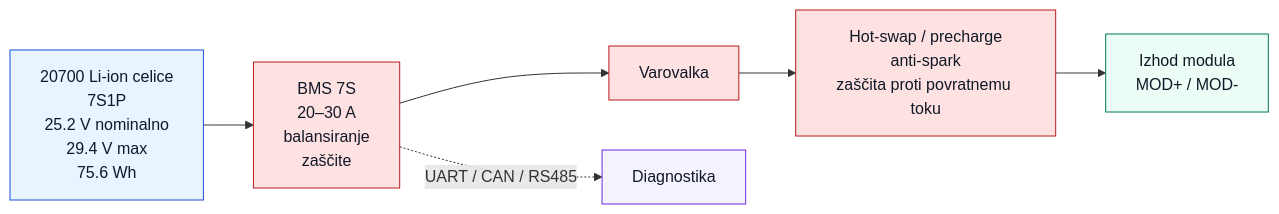
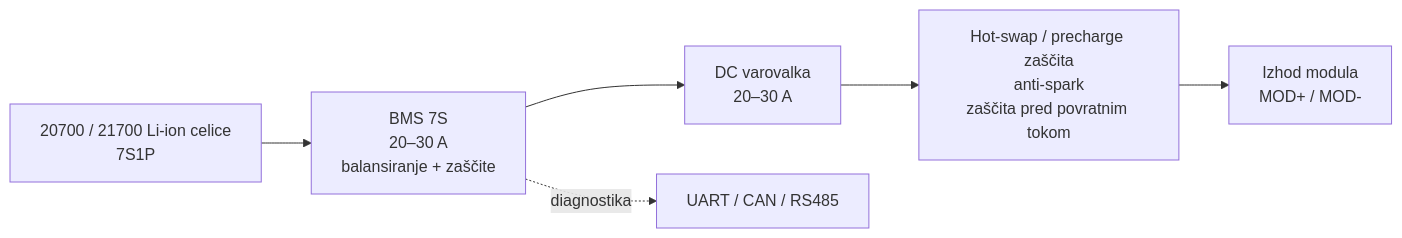
One commit to kocod32/FarmBeast-BatteryModule changed the second of 2 diagrams in battery_module/battery_module_flowchart.md. Above: the diagram before and after it, drawn with Mermaid. The commit also changed other lines of this file and 3 other files, not shown here.

````diff
--- a/battery_module/battery_module_flowchart.md
+++ b/battery_module/battery_module_flowchart.md
@@ -91,26 +53,17 @@
 ```mermaid
 flowchart LR
 
-    CELLS["20700 Li-ion celice<br/>7S1P<br/>25.2 V nominalno<br/>29.4 V max<br/>75.6 Wh"]
-    BMS["BMS 7S<br/>20–30 A<br/>balansiranje<br/>zaščite"]
-    FUSE["Varovalka"]
-    HOTSWAP["Hot-swap / precharge<br/>anti-spark<br/>zaščita proti povratnemu toku"]
+    CELLS["20700 / 21700 Li-ion celice<br/>7S1P"]
+    BMS["BMS 7S<br/>20–30 A<br/>balansiranje + zaščite"]
+    FUSE["DC varovalka<br/>20–30 A"]
+    HOTSWAP["Hot-swap / precharge zaščita<br/>anti-spark<br/>zaščita pred povratnim tokom"]
     OUT["Izhod modula<br/>MOD+ / MOD-"]
 
     CELLS --> BMS
     BMS --> FUSE
     FUSE --> HOTSWAP
     HOTSWAP --> OUT
 
-    BMS -. UART / CAN / RS485 .-> DIAG["Diagnostika"]
+    BMS -. diagnostika .-> DIAG["UART / CAN / RS485"]
 
-    classDef cells fill:#e8f4ff,stroke:#1d4ed8,stroke-width:1px,color:#111827
-    classDef protection fill:#fee2e2,stroke:#b91c1c,stroke-width:1px,color:#111827
-    classDef output fill:#ecfdf5,stroke:#047857,stroke-width:1px,color:#111827
-    classDef control fill:#f5f3ff,stroke:#6d28d9,stroke-width:1px,color:#111827
-
-    class CELLS cells
-    class BMS,FUSE,HOTSWAP protection
-    class OUT output
-    class DIAG control
 ```
````
